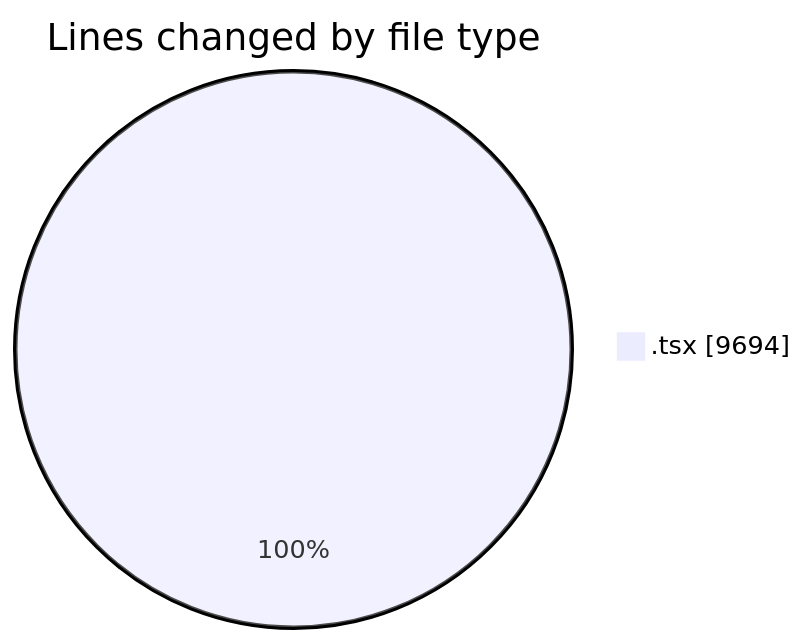
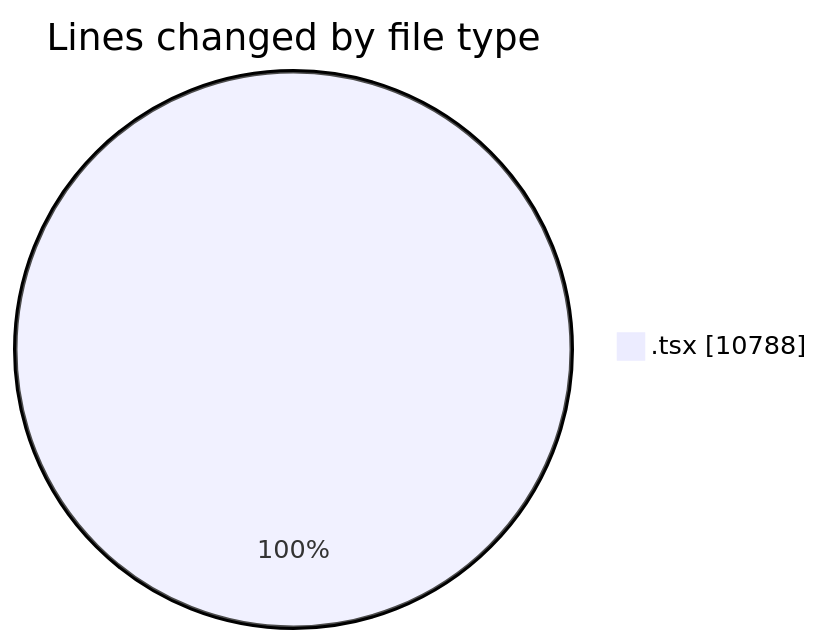
One commit to nxtqubesakshisongat/code-tracking changed the first of 2 diagrams in 2026-08-23/nxtqube_webapp/README.md. Above: the diagram before and after it, drawn with Mermaid. The commit also changed other lines of this file and 1 other file, not shown here.

````diff
--- a/2026-08-23/nxtqube_webapp/README.md
+++ b/2026-08-23/nxtqube_webapp/README.md
@@ -31,5 +32,5 @@
 ```mermaid
 pie showData
 title Lines changed by file type
-".tsx" : 9694
+".tsx" : 10788
 ```
````
